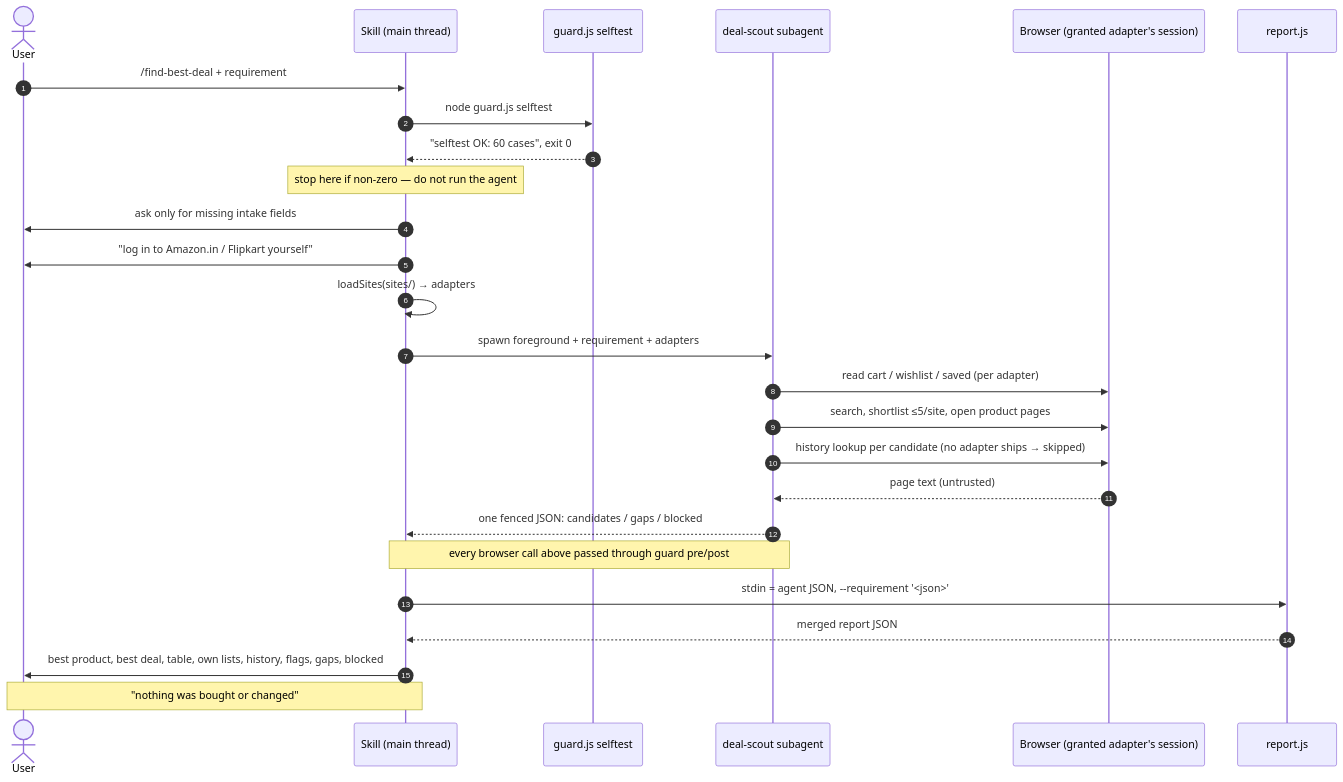
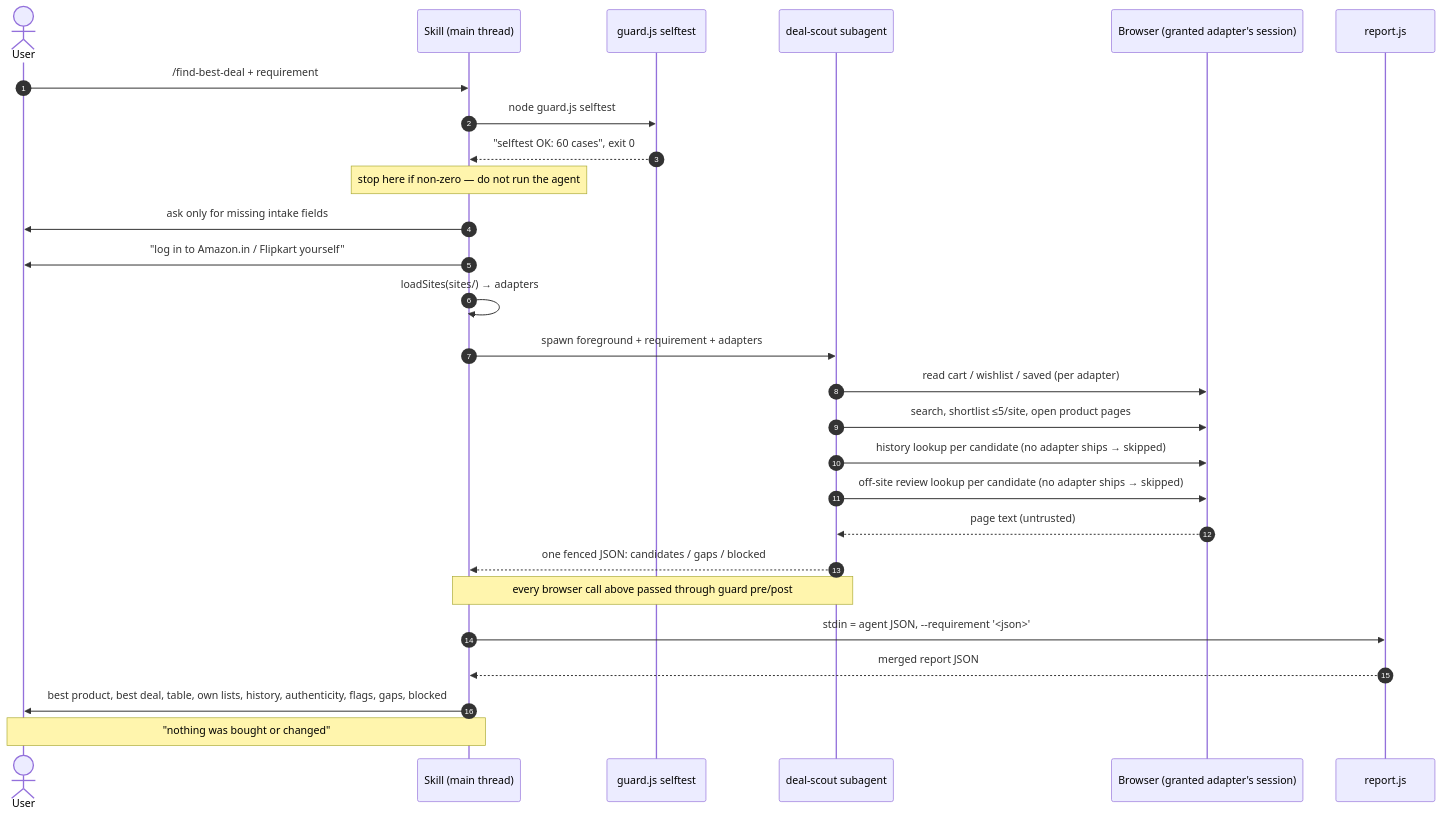
Before and after one commit to abhisheksarkar30/claude-deal-scout: the first of 7 diagrams in docs/context/workflows.md, drawn with Mermaid. The commit also changed other lines of this file and 10 other files, not shown here.

````diff
--- a/docs/context/workflows.md
+++ b/docs/context/workflows.md
@@ -14,29 +14,30 @@
 ```mermaid
 sequenceDiagram
   autonumber
   actor U as User
   participant S as Skill (main thread)
   participant G as guard.js selftest
   participant A as deal-scout subagent
   participant C as Browser (granted adapter's session)
   participant R as report.js
 
   U->>S: /find-best-deal + requirement
   S->>G: node guard.js selftest
   G-->>S: "selftest OK: 60 cases", exit 0
   Note over S: stop here if non-zero — do not run the agent
   S->>U: ask only for missing intake fields
   S->>U: "log in to Amazon.in / Flipkart yourself"
   S->>S: loadSites(sites/) → adapters
   S->>A: spawn foreground + requirement + adapters
   A->>C: read cart / wishlist / saved (per adapter)
   A->>C: search, shortlist ≤5/site, open product pages
   A->>C: history lookup per candidate (no adapter ships → skipped)
+  A->>C: off-site review lookup per candidate (no adapter ships → skipped)
   C-->>A: page text (untrusted)
   A-->>S: one fenced JSON: candidates / gaps / blocked
   Note over S,A: every browser call above passed through guard pre/post
   S->>R: stdin = agent JSON, --requirement '<json>'
   R-->>S: merged report JSON
-  S->>U: best product, best deal, table, own lists, history, flags, gaps, blocked
+  S->>U: best product, best deal, table, own lists, history, authenticity, flags, gaps, blocked
   Note over S,U: "nothing was bought or changed"
 ```
````
